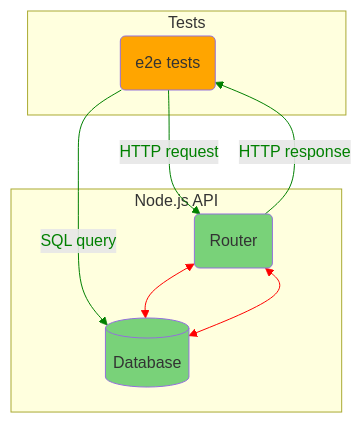
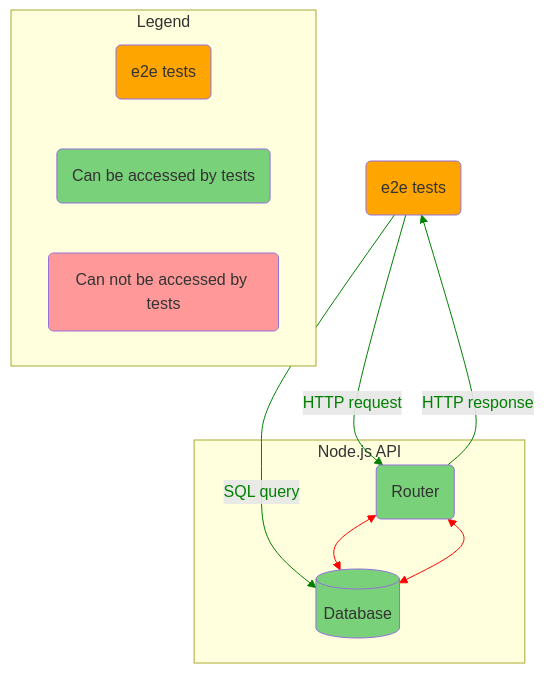
The third of 3 diagrams in summaries/testing-javascript-applications.md (aleksandr-kiliushin/learning), drawn with Mermaid before and after one commit. The commit also changed other lines of this file, not shown here.

````diff
--- a/summaries/testing-javascript-applications.md
+++ b/summaries/testing-javascript-applications.md
@@ -110,26 +121,32 @@
 ```mermaid
   flowchart TB
     e2e-tests(e2e tests):::orange
     router(Router):::green
     database[(Database)]:::green
 
     subgraph Node.js API
       router
       database
     end
 
-    subgraph Tests
-      e2e-tests
+    e2e-tests
+
+    subgraph Legend
+      direction LR
+      legend-e2e-tests(e2e tests):::orange
+      legend-can-be-accessed-by-tests(Can be accessed by tests):::green
+      legend-cant-be-accessed-by-tests(Can not be accessed by tests):::red
     end
 
     e2e-tests--HTTP request-->router
     router--HTTP response-->e2e-tests
     e2e-tests--SQL query-->database
     router<-->database
     router<-->database
 
     classDef green fill:#79d279;
     classDef orange fill:orange;
+    classDef red fill:#ff9999;
     linkStyle 0,1,2 stroke:green,color:green;
     linkStyle 3,4 stroke:red;
 ```
````
